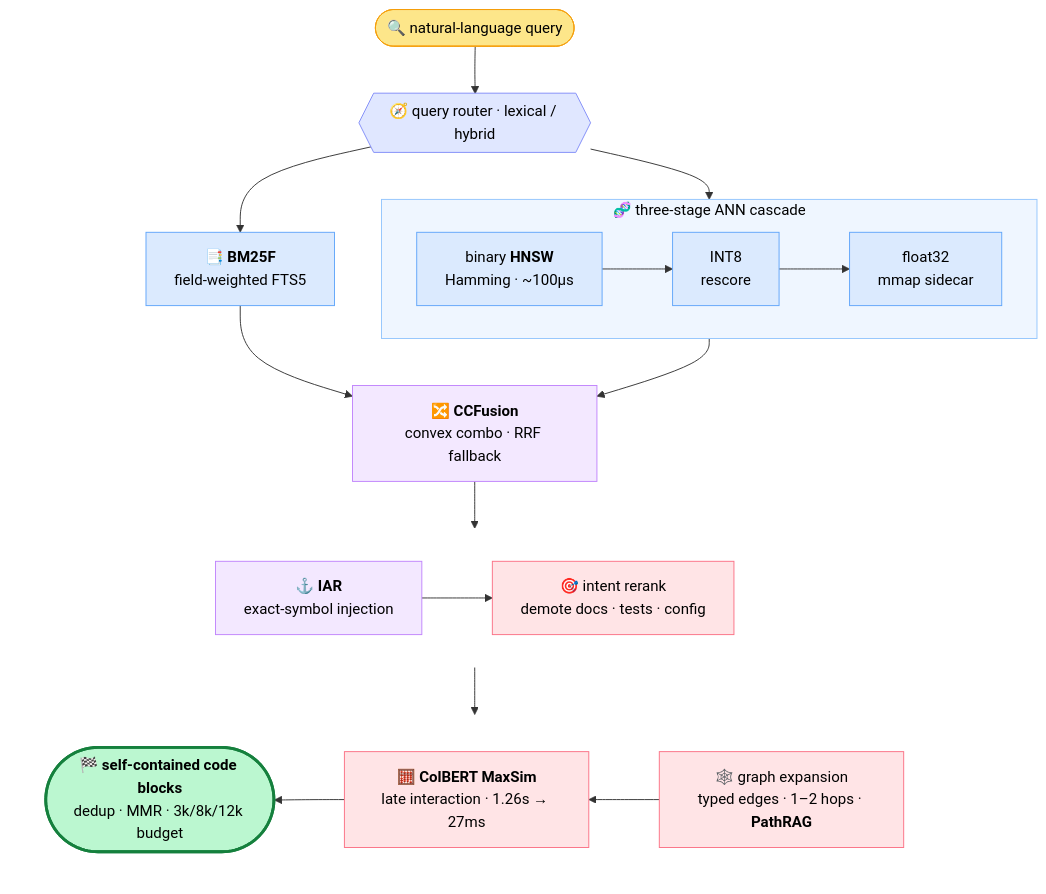
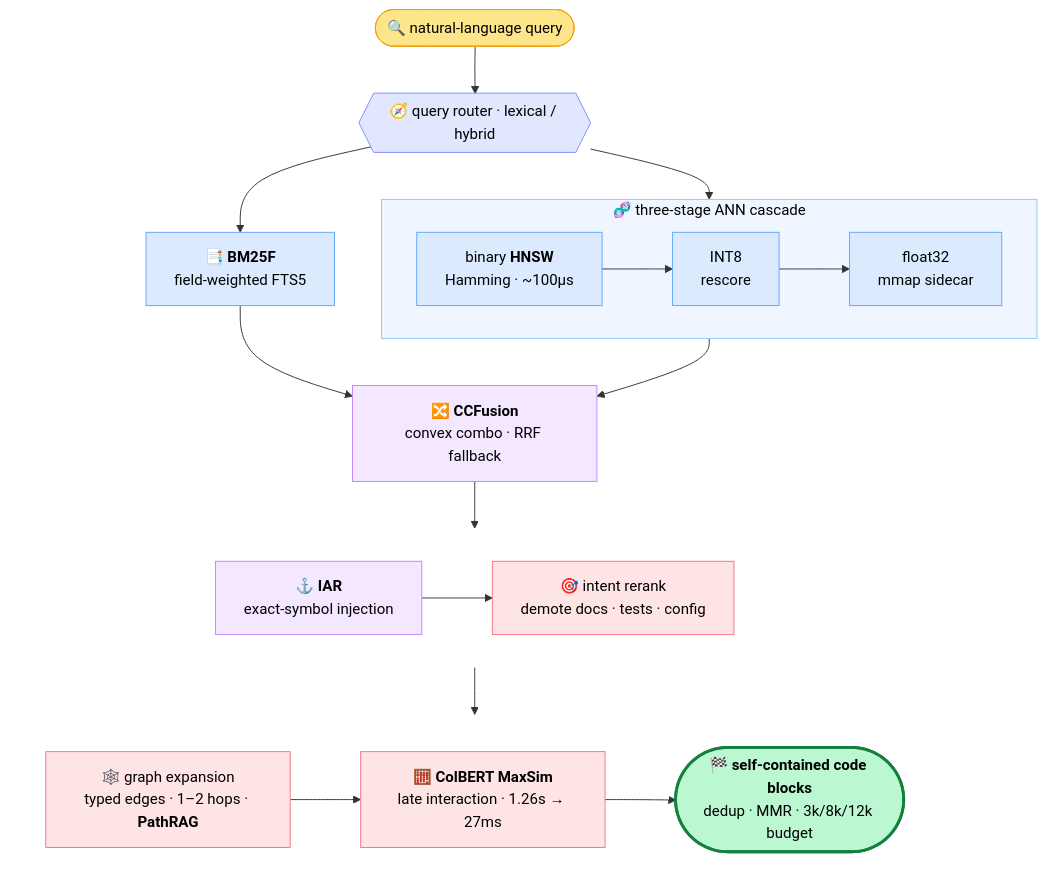
One commit to mrsladoje/sweet-search changed the diagram in README.md. Above: the diagram before and after it, drawn with Mermaid.

Commit message:
docs(readme): flip ss-search bottom row to left-to-right
ROW2 now LR (graph -> MaxSim -> finish) so the last row reads in the
natural reading direction instead of right-to-left.

````diff
--- a/README.md
+++ b/README.md
@@ -217,46 +217,46 @@
 ```mermaid
 flowchart TD
     Q(["🔍  natural-language query"]) --> ROUTE{{"🧭 query router · lexical / hybrid"}}
 
     ROUTE --> BM["📑 <b>BM25F</b><br/>field-weighted FTS5"]
     ROUTE --> ANN
 
     subgraph ANN ["🧬 three-stage ANN cascade"]
         direction LR
         BIN["binary <b>HNSW</b><br/>Hamming · ~100µs"] --> INT["INT8<br/>rescore"] --> FL["float32<br/>mmap sidecar"]
     end
 
     BM  --> FUSE
     ANN --> FUSE
     FUSE["🔀 <b>CCFusion</b><br/>convex combo · RRF fallback"] --> ROW1
 
     subgraph ROW1 [" "]
         direction LR
         IAR["⚓ <b>IAR</b><br/>exact-symbol injection"] --> INTENT["🎯 intent rerank<br/>demote docs · tests · config"]
     end
 
     ROW1 --> ROW2
 
     subgraph ROW2 [" "]
-        direction RL
+        direction LR
         GRAPH["🕸️ graph expansion<br/>typed edges · 1–2 hops · <b>PathRAG</b>"] --> MAXSIM["🧮 <b>ColBERT MaxSim</b><br/>late interaction · 1.26s → 27ms"] --> OUT(["🏁 <b>self-contained code blocks</b><br/>dedup · MMR · 3k/8k/12k budget"])
     end
 
     classDef io    fill:#fde68a,stroke:#f59e0b,color:#000;
     classDef out   fill:#bbf7d0,stroke:#15803d,color:#000,stroke-width:3px;
     classDef route fill:#e0e7ff,stroke:#818cf8,color:#000;
     classDef lex   fill:#dbeafe,stroke:#60a5fa,color:#000;
     classDef fuse  fill:#f3e8ff,stroke:#c084fc,color:#000;
     classDef rank  fill:#ffe4e6,stroke:#fb7185,color:#000;
 
     class Q io;
     class OUT out;
     class ROUTE route;
     class BM,BIN,INT,FL lex;
     class FUSE,IAR fuse;
     class INTENT,GRAPH,MAXSIM rank;
 
     style ANN  fill:#eff6ff,stroke:#93c5fd,color:#000;
     style ROW1 fill:none,stroke:none;
     style ROW2 fill:none,stroke:none;
 ```
````
